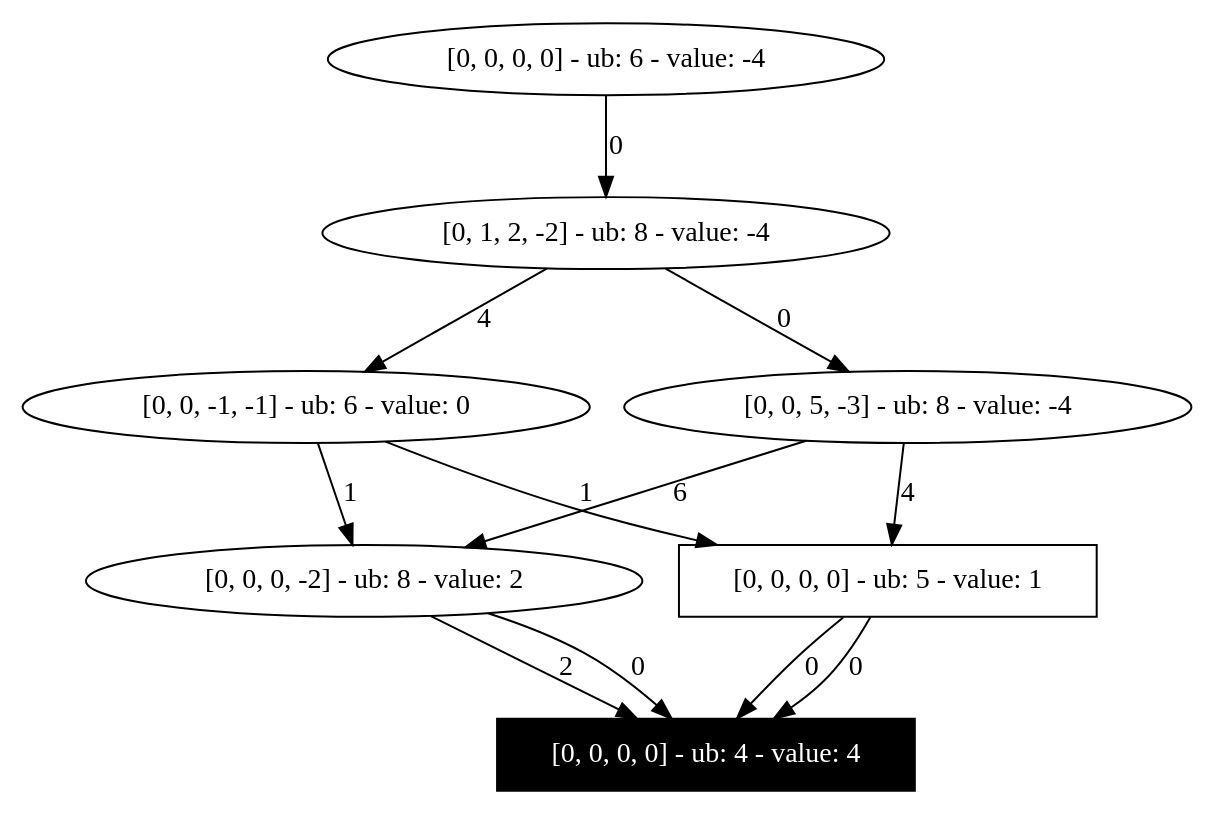
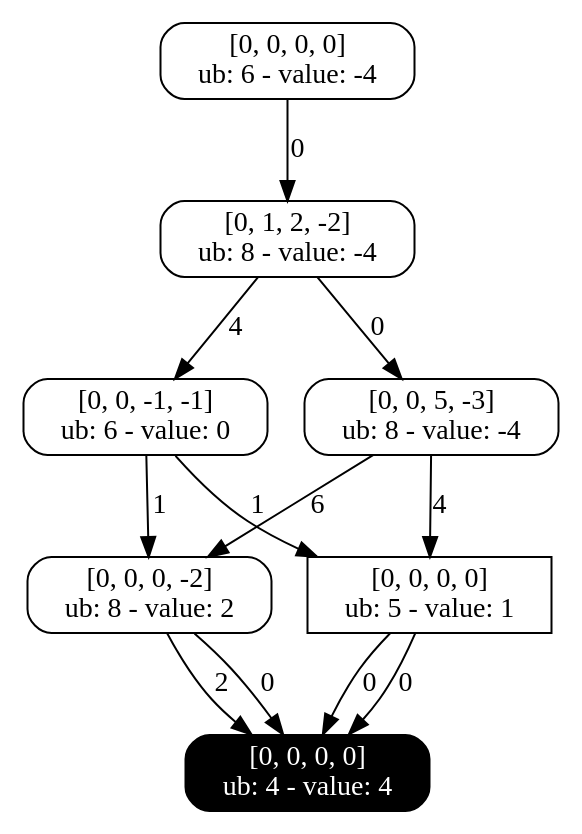
Before and after one commit to DDOLIB-CETIC-UCL/DDOLib: the diagram in output/MCPProblem_relaxed.dot, drawn with Graphviz. The commit also changed 7 other files, not shown here.

```diff
--- a/output/MCPProblem_relaxed.dot
+++ b/output/MCPProblem_relaxed.dot
@@ -1,20 +1,27 @@
 Digraph relaxed{
-1349277854 [label="[0, 0, 0, 0] - ub: 6 - value: -4", tooltip="Exact node"];
-1775282465 [label="[0, 1, 2, -2] - ub: 8 - value: -4", tooltip="Exact node"];
-1349277854 -> 1775282465 [label=0tooltip="Decision: assign 0 to var 0"];
-1147985808 [label="[0, 0, -1, -1] - ub: 6 - value: 0", tooltip="Exact node"];
-1775282465 -> 1147985808 [label=4tooltip="Decision: assign 1 to var 1"];
-2040495657 [label="[0, 0, 5, -3] - ub: 8 - value: -4", tooltip="Exact node"];
-1775282465 -> 2040495657 [label=0tooltip="Decision: assign 0 to var 1"];
-96639997 [label="[0, 0, 0, -2] - ub: 8 - value: 2", tooltip="Exact node"];
-1147985808 -> 96639997 [label=1tooltip="Decision: assign 0 to var 2"];
-2040495657 -> 96639997 [label=6tooltip="Decision: assign 1 to var 2"];
-128893786 [label="[0, 0, 0, 0] - ub: 5 - value: 1", shape=box, tooltip="Relaxed node"];
-1147985808 -> 128893786 [label=1tooltip="Decision: assign 1 to var 2"];
-2040495657 -> 128893786 [label=4tooltip="Decision: assign 0 to var 2"];
-1732398722 [label="[0, 0, 0, 0] - ub: 4 - value: 4", shape=box, tooltip="Relaxed node", color=black, style=filled, fontcolor=white, tooltip="Terminal node"];
-96639997 -> 1732398722 [label=2tooltip="Decision: assign 0 to var 3"];
-96639997 -> 1732398722 [label=0tooltip="Decision: assign 1 to var 3"];
-128893786 -> 1732398722 [label=0tooltip="Decision: assign 0 to var 3"];
-128893786 -> 1732398722 [label=0tooltip="Decision: assign 1 to var 3"];
+670700378 [label="[0, 0, 0, 0]
+ub: 6 - value: -4", style=rounded, shape=rectangle, tooltip="Exact node"];
+1190654826 [label="[0, 1, 2, -2]
+ub: 8 - value: -4", style=rounded, shape=rectangle, tooltip="Exact node"];
+670700378 -> 1190654826 [label=0, tooltip="Decision: assign 0 to var 0"];
+1109371569 [label="[0, 0, -1, -1]
+ub: 6 - value: 0", style=rounded, shape=rectangle, tooltip="Exact node"];
+1190654826 -> 1109371569 [label=4, tooltip="Decision: assign 1 to var 1"];
+728890494 [label="[0, 0, 5, -3]
+ub: 8 - value: -4", style=rounded, shape=rectangle, tooltip="Exact node"];
+1190654826 -> 728890494 [label=0, tooltip="Decision: assign 0 to var 1"];
+445051633 [label="[0, 0, 0, -2]
+ub: 8 - value: 2", style=rounded, shape=rectangle, tooltip="Exact node"];
+1109371569 -> 445051633 [label=1, tooltip="Decision: assign 0 to var 2"];
+728890494 -> 445051633 [label=6, tooltip="Decision: assign 1 to var 2"];
+1051754451 [label="[0, 0, 0, 0]
+ub: 5 - value: 1", shape=box, tooltip="Relaxed node"];
+1109371569 -> 1051754451 [label=1, tooltip="Decision: assign 1 to var 2"];
+728890494 -> 1051754451 [label=4, tooltip="Decision: assign 0 to var 2"];
+1349277854 [label="[0, 0, 0, 0]
+ub: 4 - value: 4", shape=box, tooltip="Relaxed node", style="filled, rounded", shape=rectangle, color=black, fontcolor=white, tooltip="Terminal node"];
+445051633 -> 1349277854 [label=2, tooltip="Decision: assign 0 to var 3"];
+445051633 -> 1349277854 [label=0, tooltip="Decision: assign 1 to var 3"];
+1051754451 -> 1349277854 [label=0, tooltip="Decision: assign 0 to var 3"];
+1051754451 -> 1349277854 [label=0, tooltip="Decision: assign 1 to var 3"];
 }
```
